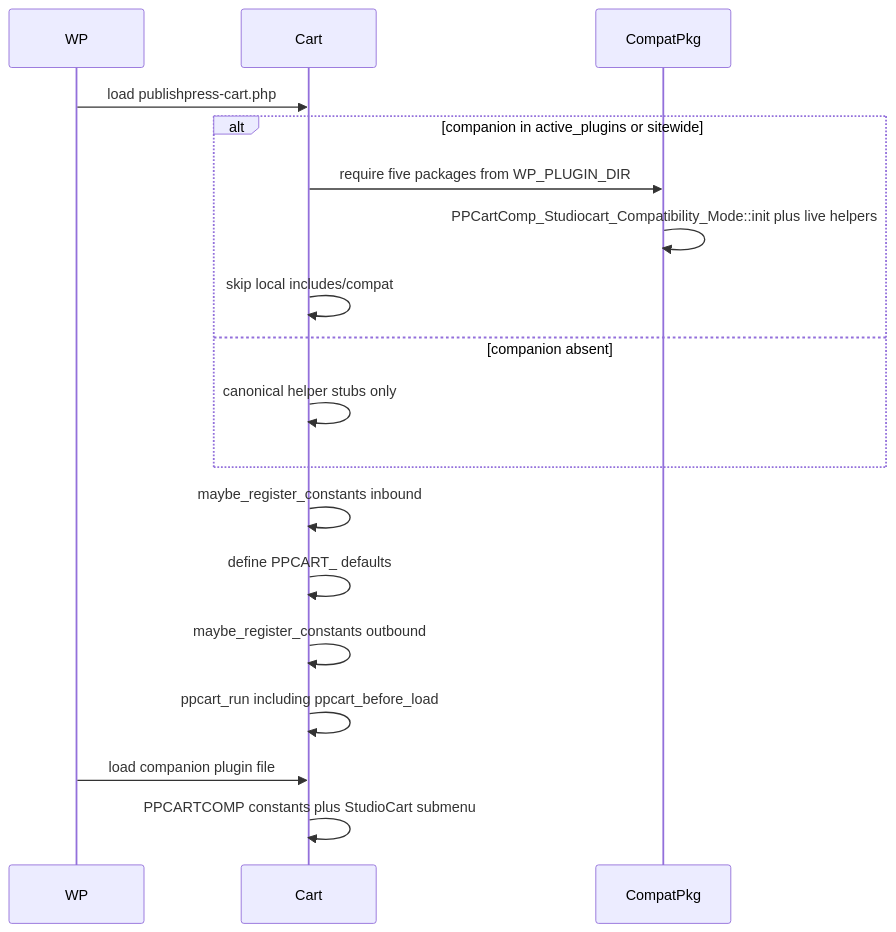
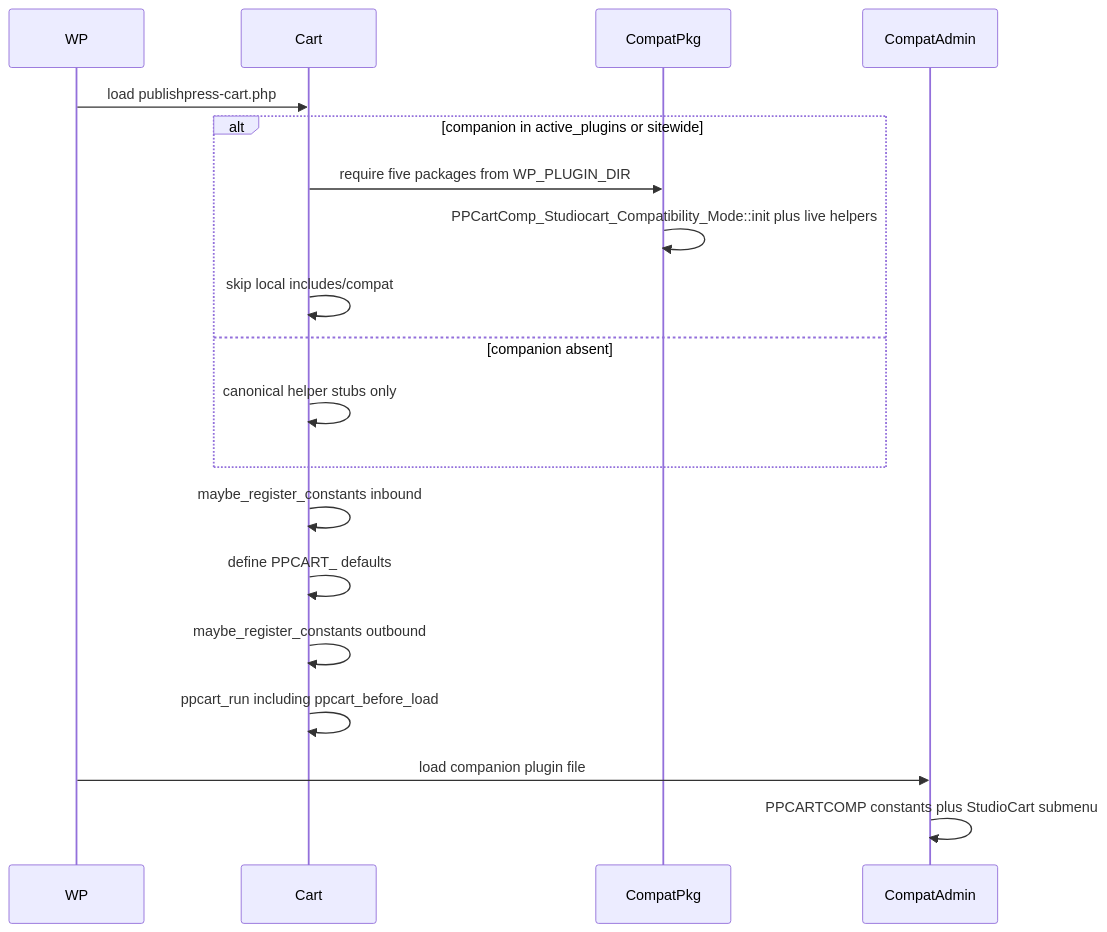
Before and after one commit to publishpress/publishpress-cart-compat: the diagram in docs/dev/extract-from-cart.md, drawn with Mermaid. The commit also changed other lines of this file and 4 other files, not shown here.

Commit message:
docs: add architecture map and refresh companion layout docs

````diff
--- a/docs/dev/extract-from-cart.md
+++ b/docs/dev/extract-from-cart.md
@@ -62,20 +61,21 @@
 ```mermaid
 sequenceDiagram
     participant WP
     participant Cart
     participant CompatPkg
+    participant CompatAdmin
     WP->>Cart: load publishpress-cart.php
     alt companion in active_plugins or sitewide
         Cart->>CompatPkg: require five packages from WP_PLUGIN_DIR
         CompatPkg->>CompatPkg: PPCartComp_Studiocart_Compatibility_Mode::init plus live helpers
         Cart->>Cart: skip local includes/compat
     else companion absent
         Cart->>Cart: canonical helper stubs only
     end
     Cart->>Cart: maybe_register_constants inbound
     Cart->>Cart: define PPCART_ defaults
     Cart->>Cart: maybe_register_constants outbound
     Cart->>Cart: ppcart_run including ppcart_before_load
-    WP->>Cart: load companion plugin file
-    Cart->>Cart: PPCARTCOMP constants plus StudioCart submenu
+    WP->>CompatAdmin: load companion plugin file
+    CompatAdmin->>CompatAdmin: PPCARTCOMP constants plus StudioCart submenu
 ```
````
